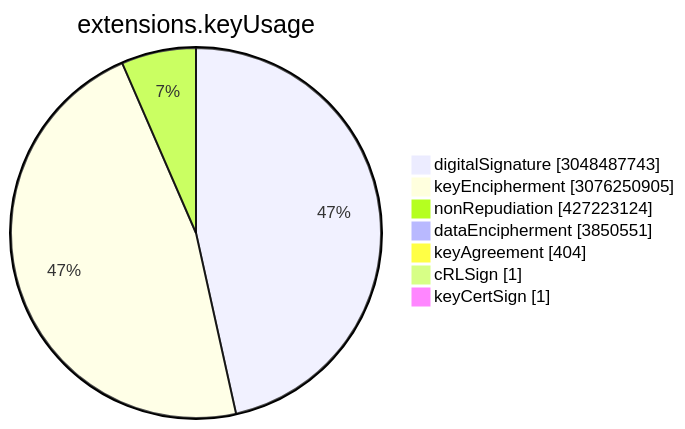
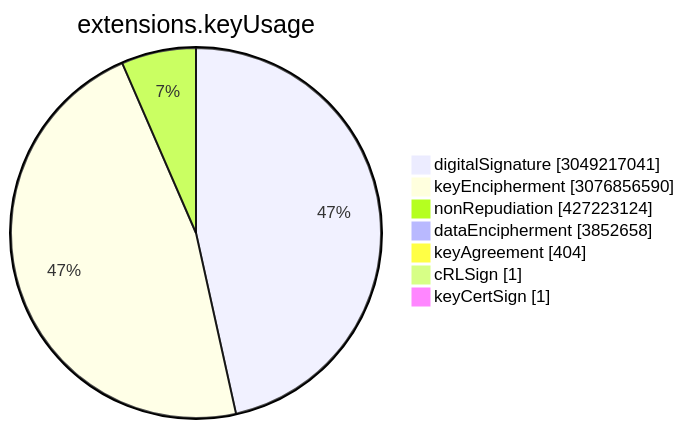
Before and after one commit to christiankrug/ctmonitor_visualization: the sixth of 15 diagrams in TOTAL/README.md, drawn with Mermaid. The commit also changed other lines of this file, not shown here.

````diff
--- a/TOTAL/README.md
+++ b/TOTAL/README.md
@@ -3077,11 +3077,11 @@
 ```mermaid
 pie showData
 title extensions.keyUsage
-"digitalSignature" :3048487743
-"keyEncipherment" :3076250905
+"digitalSignature" :3049217041
+"keyEncipherment" :3076856590
 "nonRepudiation" :427223124
-"dataEncipherment" :3850551
+"dataEncipherment" :3852658
 "keyAgreement" :404
 "cRLSign" :1
 "keyCertSign" :1
 ```
````
